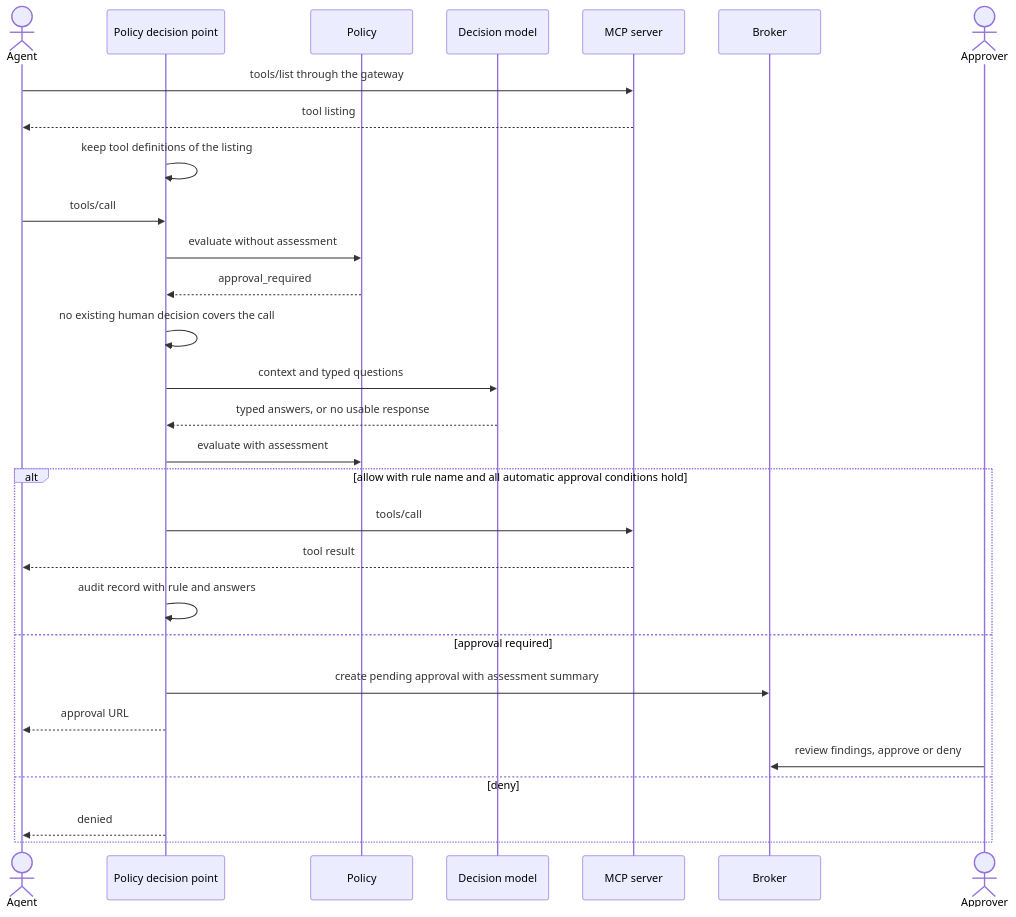
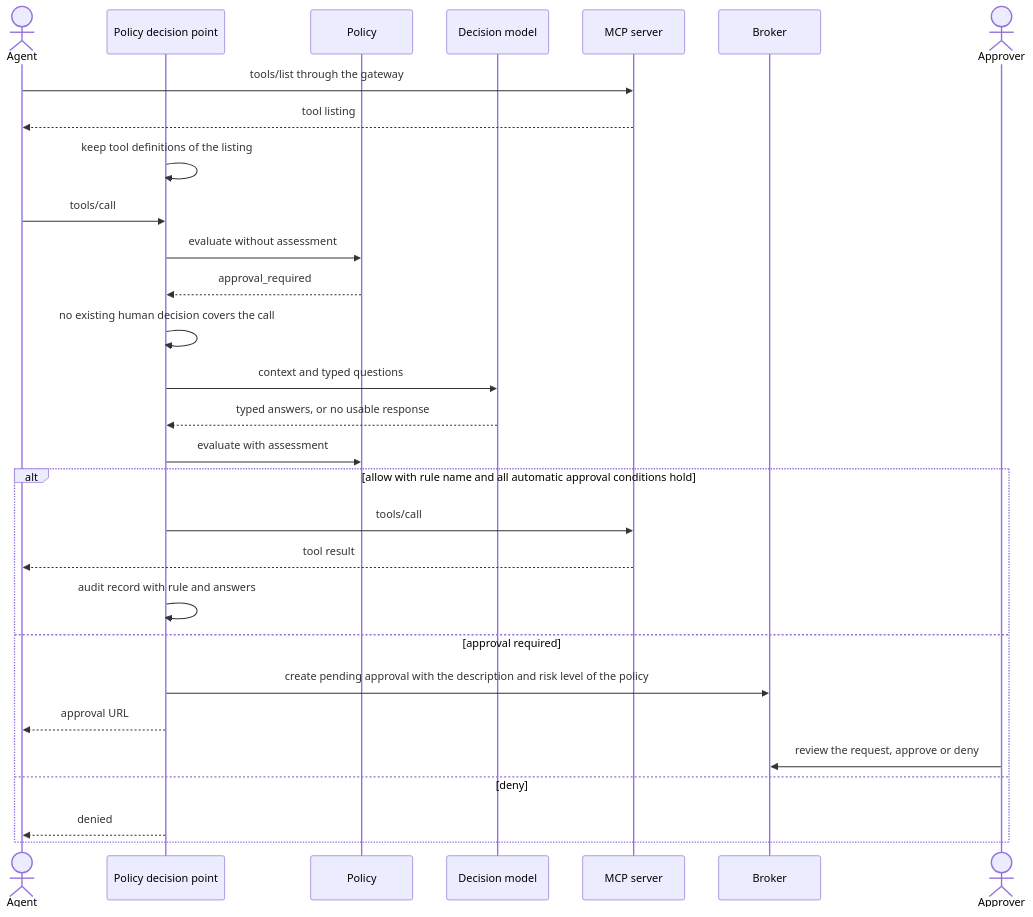
The second of 2 diagrams in specs/20261123-194542-decision-model-tool-approvals/spec.md (zalando-incubator/agentic-identity-broker), drawn with Mermaid before and after one commit. The commit also changed other lines of this file and 16 other files, not shown here.

````diff
--- a/specs/20261123-194542-decision-model-tool-approvals/spec.md
+++ b/specs/20261123-194542-decision-model-tool-approvals/spec.md
@@ -1309,32 +1127,32 @@
 ```mermaid
 sequenceDiagram
     actor Agent
     participant PDP as Policy decision point
     participant Policy
     participant Model as Decision model
     participant Server as MCP server
     participant Broker
     actor Approver
 
     Agent->>Server: tools/list through the gateway
     Server-->>Agent: tool listing
     PDP->>PDP: keep tool definitions of the listing
     Agent->>PDP: tools/call
     PDP->>Policy: evaluate without assessment
     Policy-->>PDP: approval_required
     PDP->>PDP: no existing human decision covers the call
     PDP->>Model: context and typed questions
     Model-->>PDP: typed answers, or no usable response
     PDP->>Policy: evaluate with assessment
     alt allow with rule name and all automatic approval conditions hold
         PDP->>Server: tools/call
         Server-->>Agent: tool result
         PDP->>PDP: audit record with rule and answers
     else approval required
-        PDP->>Broker: create pending approval with assessment summary
+        PDP->>Broker: create pending approval with the description and risk level of the policy
         PDP-->>Agent: approval URL
-        Approver->>Broker: review findings, approve or deny
+        Approver->>Broker: review the request, approve or deny
     else deny
         PDP-->>Agent: denied
     end
 ```
````
